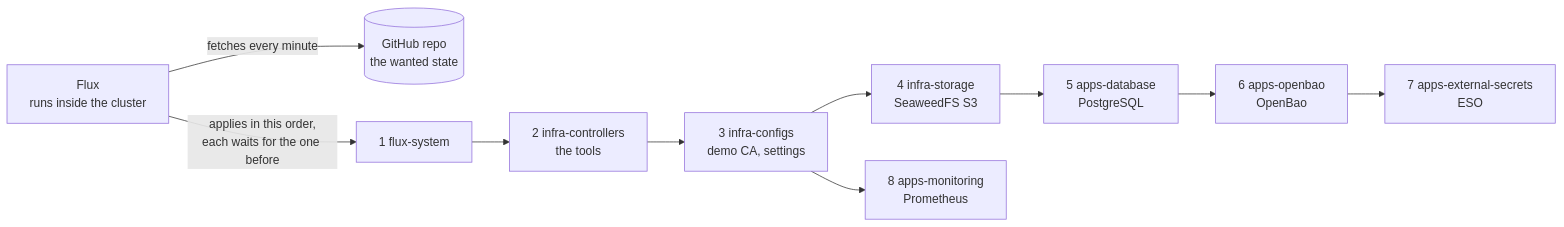
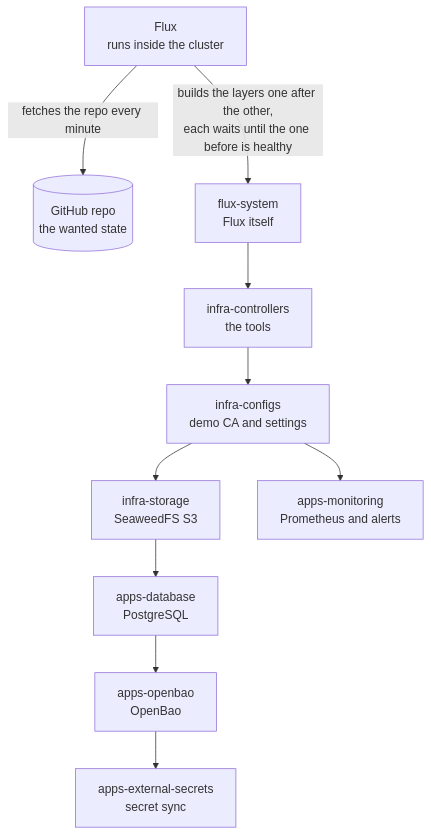
The first of 2 diagrams in README.md (arsalanahmedzia/openbao-platform), drawn with Mermaid before and after one commit. The commit also changed other lines of this file, not shown here.

Commit message:
docs: describe the diagrams with plain labels

````diff
--- a/README.md
+++ b/README.md
@@ -23,17 +23,17 @@
 ```mermaid
-flowchart LR
+flowchart TB
   git[(GitHub repo<br/>the wanted state)]
   flux[Flux<br/>runs inside the cluster]
-  l1[1 flux-system]
-  l2[2 infra-controllers<br/>the tools]
-  l3[3 infra-configs<br/>demo CA, settings]
-  l4[4 infra-storage<br/>SeaweedFS S3]
-  l5[5 apps-database<br/>PostgreSQL]
-  l6[6 apps-openbao<br/>OpenBao]
-  l7[7 apps-external-secrets<br/>ESO]
-  l8[8 apps-monitoring<br/>Prometheus]
-  flux -->|"fetches every minute"| git
-  flux -->|"applies in this order,<br/>each waits for the one before"| l1
+  l1[flux-system<br/>Flux itself]
+  l2[infra-controllers<br/>the tools]
+  l3[infra-configs<br/>demo CA and settings]
+  l4[infra-storage<br/>SeaweedFS S3]
+  l5[apps-database<br/>PostgreSQL]
+  l6[apps-openbao<br/>OpenBao]
+  l7[apps-external-secrets<br/>secret sync]
+  l8[apps-monitoring<br/>Prometheus and alerts]
+  flux -->|"fetches the repo every minute"| git
+  flux -->|"builds the layers one after the other,<br/>each waits until the one before is healthy"| l1
   l1 --> l2 --> l3 --> l4 --> l5 --> l6 --> l7
   l3 --> l8
 ```
````
